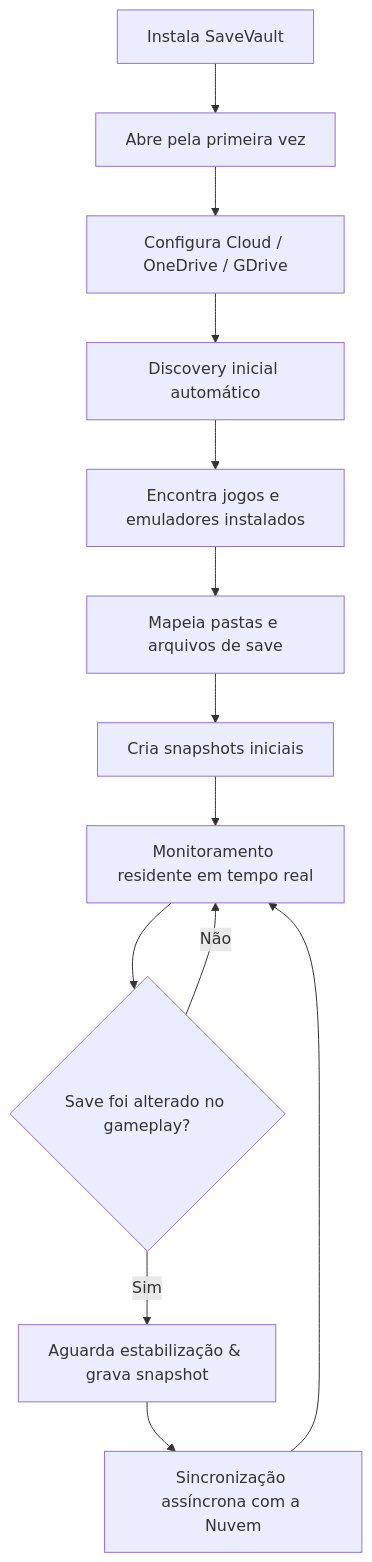
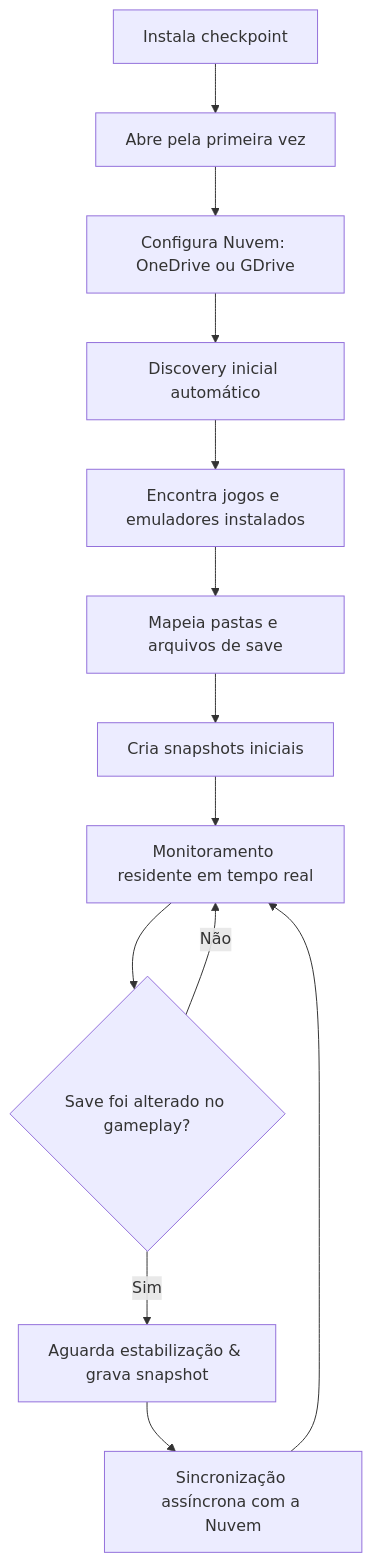
The diagram in docs/SPECIFICATION.md (pedrojunior01/checkpoint), drawn with Mermaid before and after one commit. The commit also changed other lines of this file and 7 other files, not shown here.

````diff
--- a/docs/SPECIFICATION.md
+++ b/docs/SPECIFICATION.md
@@ -17,15 +17,15 @@
 ```mermaid
 flowchart TD
-    A[Instala SaveVault] --> B[Abre pela primeira vez]
-    B --> C[Configura Cloud / OneDrive / GDrive]
+    A[Instala checkpoint] --> B[Abre pela primeira vez]
+    B --> C[Configura Nuvem: OneDrive ou GDrive]
     C --> D[Discovery inicial automático]
     D --> E[Encontra jogos e emuladores instalados]
     E --> F[Mapeia pastas e arquivos de save]
     F --> G[Cria snapshots iniciais]
     G --> H[Monitoramento residente em tempo real]
     H --> I{Save foi alterado no gameplay?}
     I -- Sim --> J[Aguarda estabilização & grava snapshot]
     J --> K[Sincronização assíncrona com a Nuvem]
     K --> H
     I -- Não --> H
 ```
````
